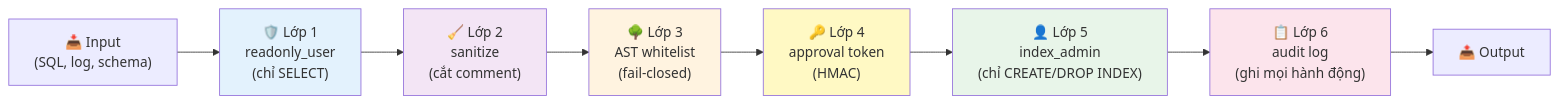
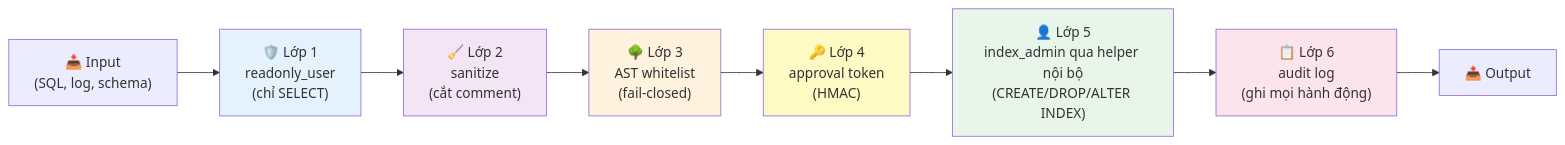
One commit to lam-vu6868/mcp-slowquery-optimizer changed the sixth of 8 diagrams in docs/architecture.md. Above: the diagram before and after it, drawn with Mermaid. The commit also changed other lines of this file and 15 other files, not shown here.

Commit message:
fix: nội dung file architecture và comment lại các file liên quan

````diff
--- a/docs/architecture.md
+++ b/docs/architecture.md
@@ -511,17 +524,17 @@
 ```mermaid
 flowchart LR
     IN["📥 Input<br/>(SQL, log, schema)"] --> L1
     L1["🛡️ Lớp 1<br/>readonly_user<br/>(chỉ SELECT)"] --> L2
     L2["🧹 Lớp 2<br/>sanitize<br/>(cắt comment)"] --> L3
     L3["🌳 Lớp 3<br/>AST whitelist<br/>(fail-closed)"] --> L4
     L4["🔑 Lớp 4<br/>approval token<br/>(HMAC)"] --> L5
-    L5["👤 Lớp 5<br/>index_admin<br/>(chỉ CREATE/DROP INDEX)"] --> L6
+    L5["👤 Lớp 5<br/>index_admin qua helper nội bộ<br/>(CREATE/DROP/ALTER INDEX)"] --> L6
     L6["📋 Lớp 6<br/>audit log<br/>(ghi mọi hành động)"] --> OUT["📤 Output"]
 
     style L1 fill:#e3f2fd
     style L2 fill:#f3e5f5
     style L3 fill:#fff3e0
     style L4 fill:#fff9c4
     style L5 fill:#e8f5e9
     style L6 fill:#fce4ec
 ```
````
